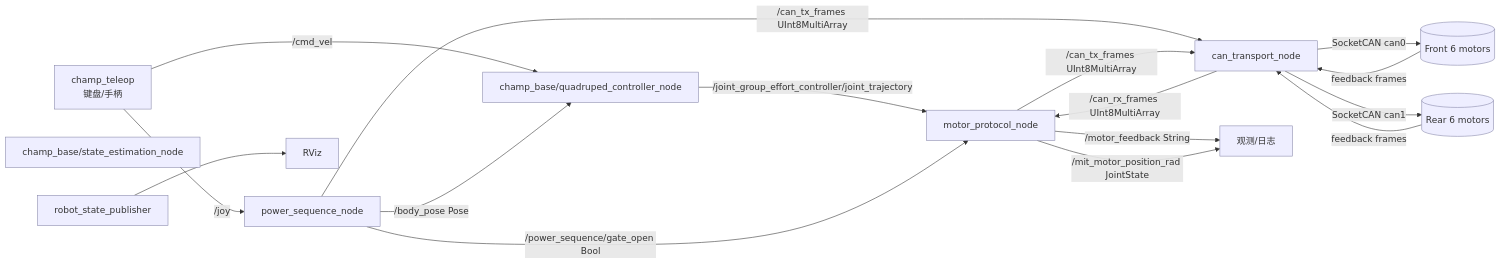
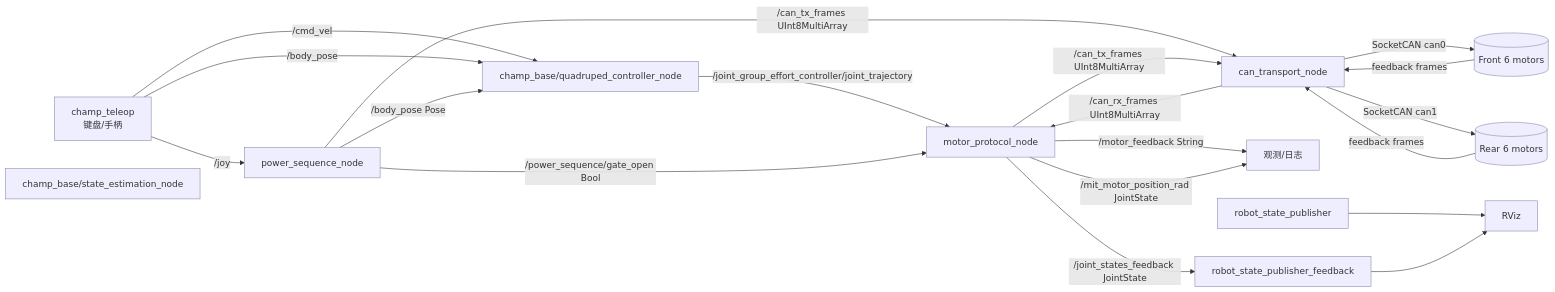
Before and after one commit to deep-diary/trotbot_ws: the first of 6 diagrams in docs/trotbot/架构说明.md, drawn with Mermaid. The commit also changed other lines of this file and 6 other files, not shown here.

First line of the commit message:
docs(trotbot): sync architecture and run guides with current stack

````diff
--- a/docs/trotbot/架构说明.md
+++ b/docs/trotbot/架构说明.md
@@ -34,20 +34,23 @@
 ```mermaid
 flowchart LR
   teleop[champ_teleop<br/>键盘/手柄] -->|/cmd_vel| qc
+  teleop -->|/body_pose| qc
   teleop -->|/joy| ps
   qc[champ_base/quadruped_controller_node] -->|/joint_group_effort_controller/joint_trajectory| mp
   ps[power_sequence_node] -->|/power_sequence/gate_open Bool| mp
   ps -->|/body_pose Pose| qc
   ps -->|/can_tx_frames UInt8MultiArray| ct
   se[champ_base/state_estimation_node]:::node
   mp[motor_protocol_node] -->|/can_tx_frames UInt8MultiArray| ct
   ct[can_transport_node] -->|SocketCAN can0| can0[(Front 6 motors)]
   ct -->|SocketCAN can1| can1[(Rear 6 motors)]
   can0 -->|feedback frames| ct
   can1 -->|feedback frames| ct
   ct -->|/can_rx_frames UInt8MultiArray| mp
   mp -->|/motor_feedback String| obs[观测/日志]
   mp -->|/mit_motor_position_rad JointState| obs
+  mp -->|/joint_states_feedback JointState| rspfb[robot_state_publisher_feedback]
   rsp[robot_state_publisher] --> rviz[RViz]
+  rspfb --> rviz
   classDef node fill:#eef,stroke:#88a;
 ```
````
